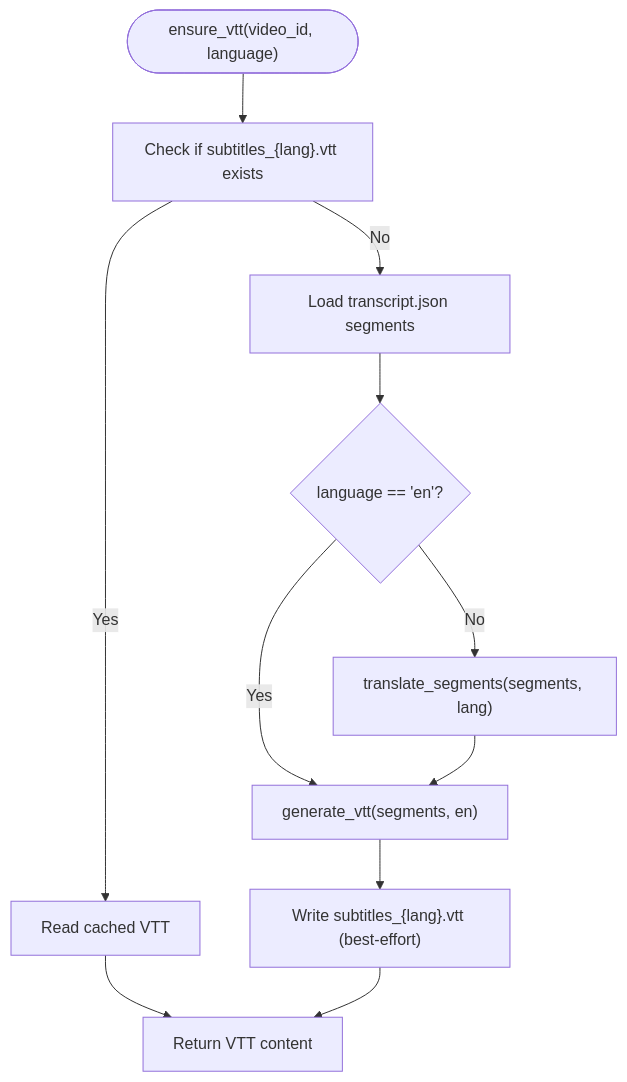
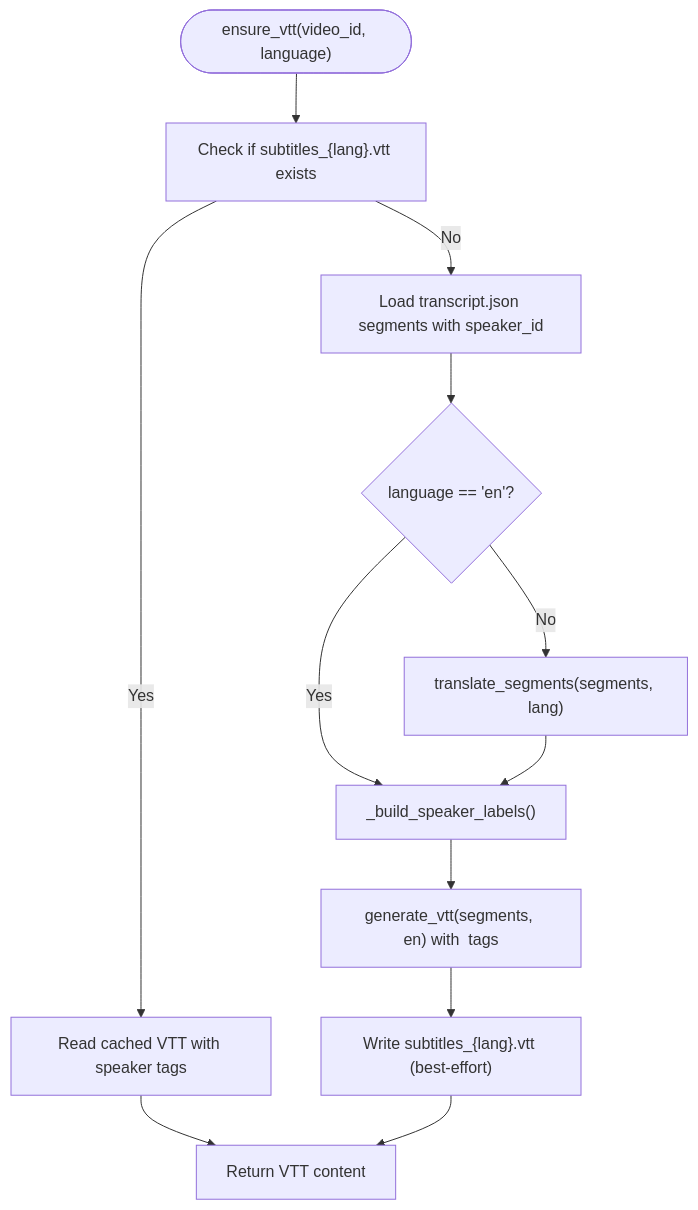
One commit to alexandreybasta-cyber/dubai-media-ai changed the third of 8 diagrams in .qoder/repowiki/en/content/Media Processing Pipeline/Subtitle Generation Module.md. Above: the diagram before and after it, drawn with Mermaid. The commit also changed other lines of this file and 20 other files, not shown here.

````diff
--- a/.qoder/repowiki/en/content/Media Processing Pipeline/Subtitle Generation Module.md
+++ b/.qoder/repowiki/en/content/Media Processing Pipeline/Subtitle Generation Module.md
@@ -150,13 +168,14 @@
 ```mermaid
 flowchart TD
 Start(["ensure_vtt(video_id, language)"]) --> CheckCache["Check if subtitles_{lang}.vtt exists"]
-CheckCache --> |Yes| ReadCache["Read cached VTT"]
+CheckCache --> |Yes| ReadCache["Read cached VTT with speaker tags"]
 ReadCache --> ReturnVTT["Return VTT content"]
-CheckCache --> |No| LoadTranscript["Load transcript.json segments"]
+CheckCache --> |No| LoadTranscript["Load transcript.json segments with speaker_id"]
 LoadTranscript --> IsEN{"language == 'en'?"}
-IsEN --> |Yes| GenVTT["generate_vtt(segments, en)"]
+IsEN --> |Yes| BuildLabels["_build_speaker_labels()"]
+BuildLabels --> GenVTT["generate_vtt(segments, en) with <v Speaker N> tags"]
 IsEN --> |No| Translate["translate_segments(segments, lang)"]
-Translate --> GenVTT
+Translate --> BuildLabels
 GenVTT --> WriteCache["Write subtitles_{lang}.vtt (best-effort)"]
 WriteCache --> ReturnVTT
 ```
````
